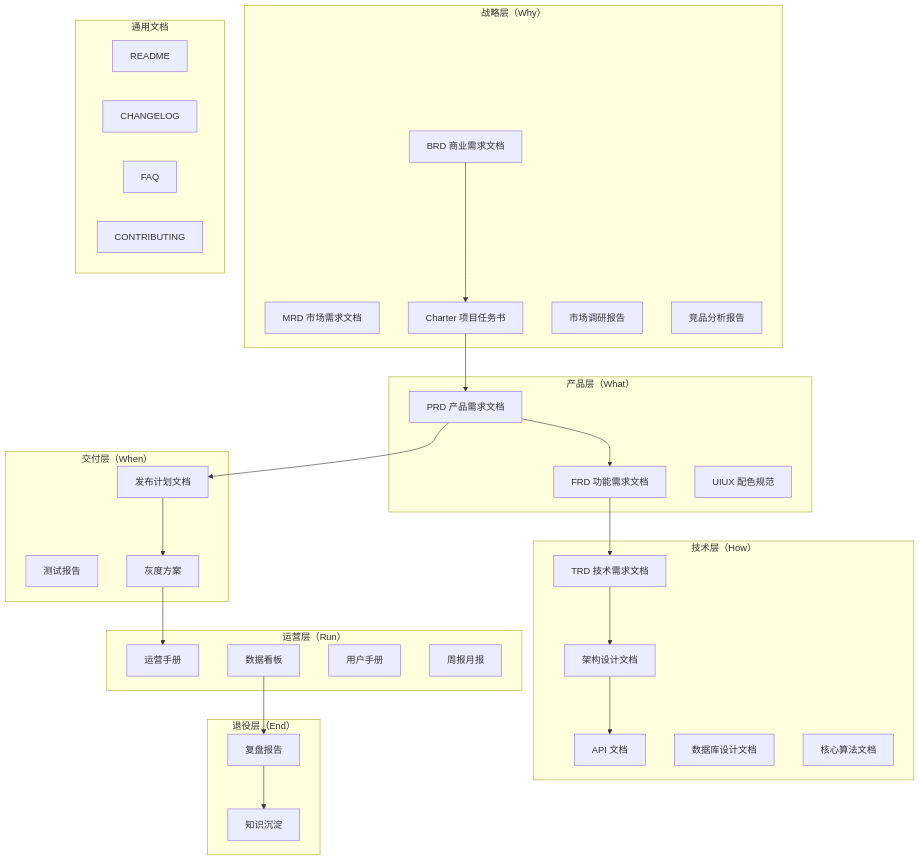
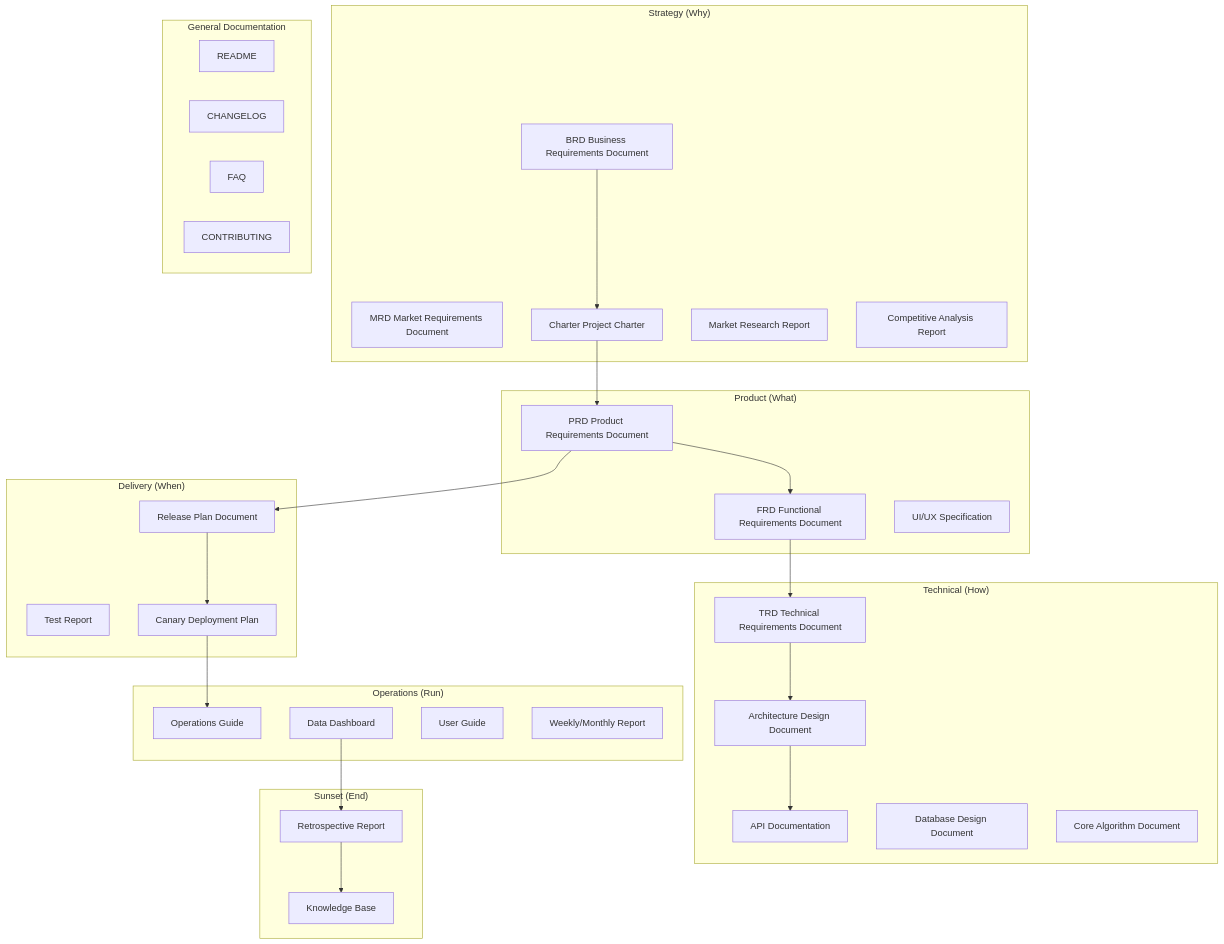
The diagram in references/templates-index.md (Kirky-X/cangjie), drawn with Mermaid before and after one commit. The commit also changed other lines of this file and 46 other files, not shown here.

````diff
--- a/references/templates-index.md
+++ b/references/templates-index.md
@@ -9,46 +9,46 @@
 ```mermaid
 flowchart TD
-    subgraph 战略层["战略层（Why）"]
-        A1[BRD 商业需求文档]
-        A2[MRD 市场需求文档]
-        A3[Charter 项目任务书]
-        A4[市场调研报告]
-        A5[竞品分析报告]
+    subgraph Strategy["Strategy (Why)"]
+        A1[BRD Business Requirements Document]
+        A2[MRD Market Requirements Document]
+        A3[Charter Project Charter]
+        A4[Market Research Report]
+        A5[Competitive Analysis Report]
     end
-    subgraph 产品层["产品层（What）"]
-        B1[PRD 产品需求文档]
-        B2[FRD 功能需求文档]
-        B3[UIUX 配色规范]
+    subgraph Product["Product (What)"]
+        B1[PRD Product Requirements Document]
+        B2[FRD Functional Requirements Document]
+        B3[UI/UX Specification]
     end
-    subgraph 技术层["技术层（How）"]
-        C1[TRD 技术需求文档]
-        C2[架构设计文档]
-        C3[API 文档]
-        C4[数据库设计文档]
-        C5[核心算法文档]
+    subgraph Technical["Technical (How)"]
+        C1[TRD Technical Requirements Document]
+        C2[Architecture Design Document]
+        C3[API Documentation]
+        C4[Database Design Document]
+        C5[Core Algorithm Document]
     end
-    subgraph 交付层["交付层（When）"]
-        D1[发布计划文档]
-        D2[测试报告]
-        D3[灰度方案]
+    subgraph Delivery["Delivery (When)"]
+        D1[Release Plan Document]
+        D2[Test Report]
+        D3[Canary Deployment Plan]
     end
-    subgraph 运营层["运营层（Run）"]
-        E1[运营手册]
-        E2[数据看板]
-        E3[用户手册]
-        E4[周报月报]
+    subgraph Operations["Operations (Run)"]
+        E1[Operations Guide]
+        E2[Data Dashboard]
+        E3[User Guide]
+        E4[Weekly/Monthly Report]
     end
-    subgraph 退役层["退役层（End）"]
-        F1[复盘报告]
-        F2[知识沉淀]
+    subgraph Sunset["Sunset (End)"]
+        F1[Retrospective Report]
+        F2[Knowledge Base]
     end
-    subgraph 通用["通用文档"]
+    subgraph General["General Documentation"]
         G1[README]
         G2[CHANGELOG]
         G3[FAQ]
         G4[CONTRIBUTING]
     end
     A1 --> A3 --> B1 --> B2 --> C1 --> C2 --> C3
     B1 --> D1 --> D3 --> E1
     E2 --> F1 --> F2
 ```
````
